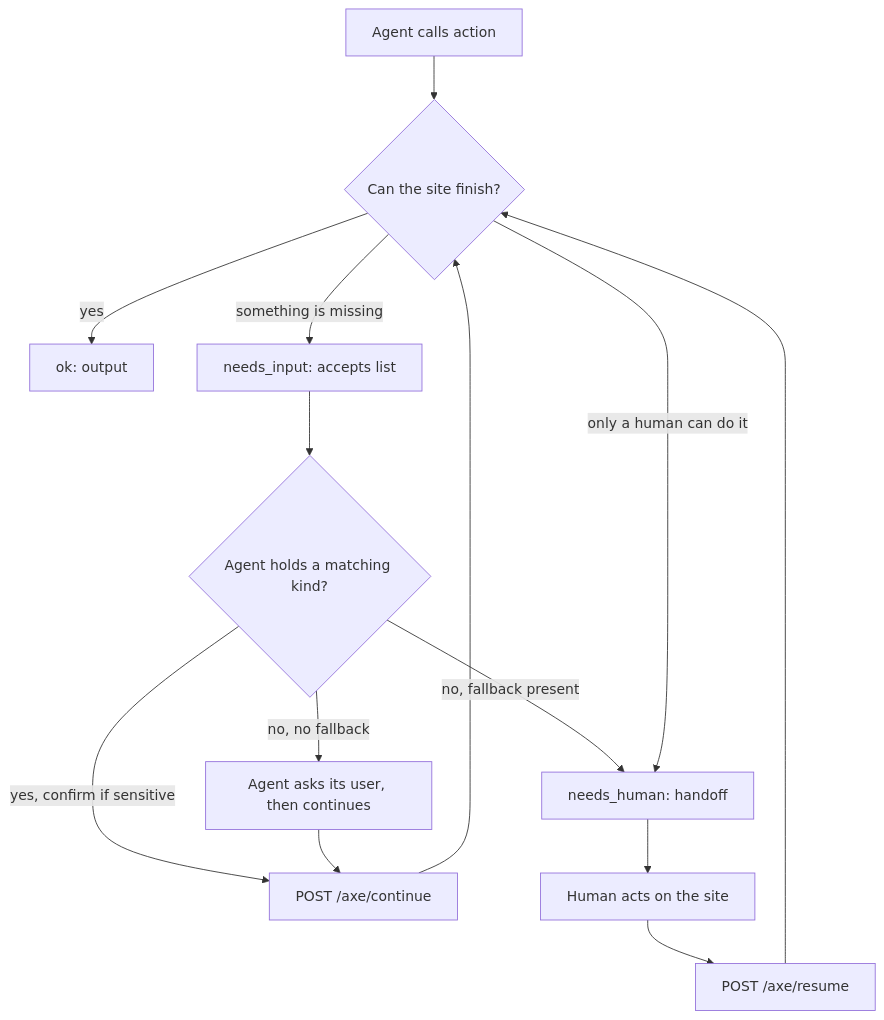
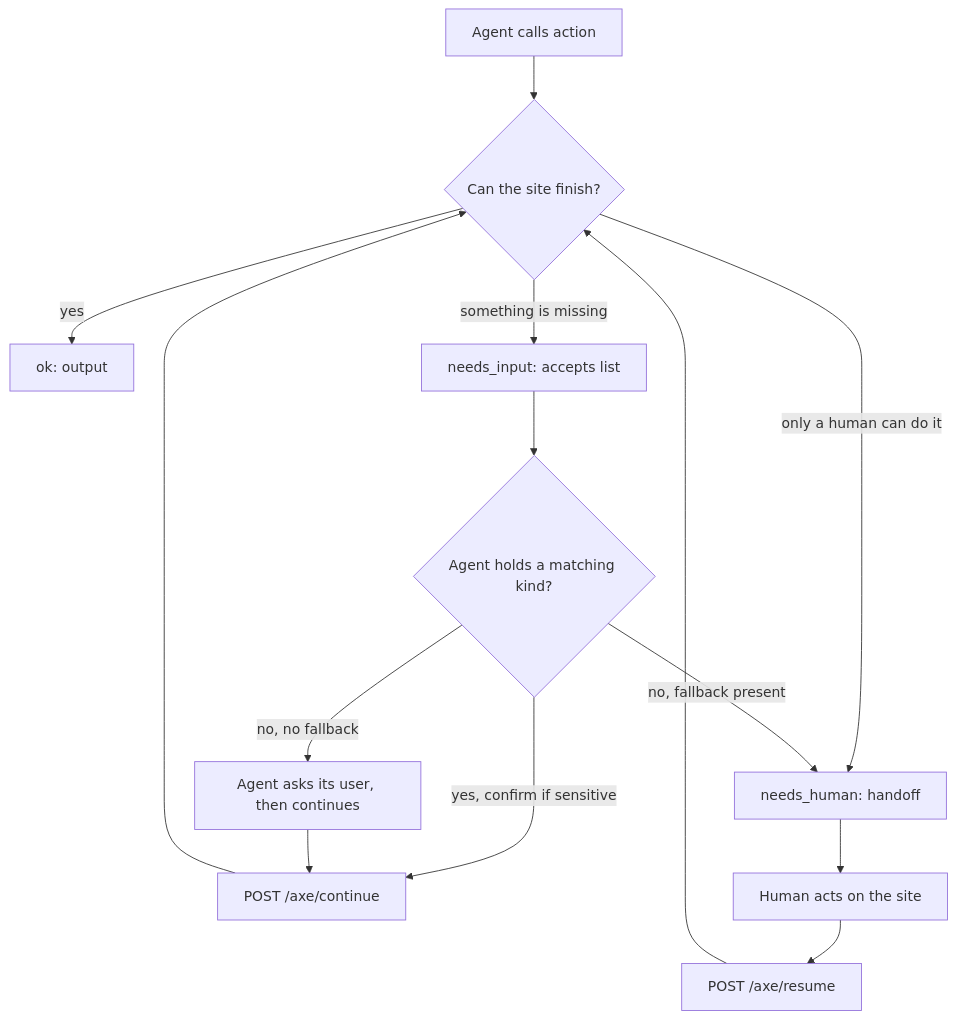
Before and after one commit to summationai/agent-experience: the first of 2 diagrams in docs/concepts.md, drawn with Mermaid. The commit also changed other lines of this file and 53 other files, not shown here.

`````diff
--- a/docs/concepts.md
+++ b/docs/concepts.md
@@ -173,12 +173,12 @@
 ```mermaid
 flowchart TD
   A[Agent calls action] --> B{Can the site finish?}
   B -- yes --> OK[ok: output]
   B -- something is missing --> NI[needs_input: accepts list]
+  B -- only a human can do it --> NH[needs_human: handoff]
   NI --> C{Agent holds a matching kind?}
   C -- yes, confirm if sensitive --> CONT[POST /axe/continue] --> B
   C -- no, fallback present --> NH
   C -- no, no fallback --> ASK[Agent asks its user, then continues] --> CONT
-  B -- only a human can do it --> NH[needs_human: handoff]
   NH --> H[Human acts on the site] --> RES[POST /axe/resume] --> B
 ````
`````
